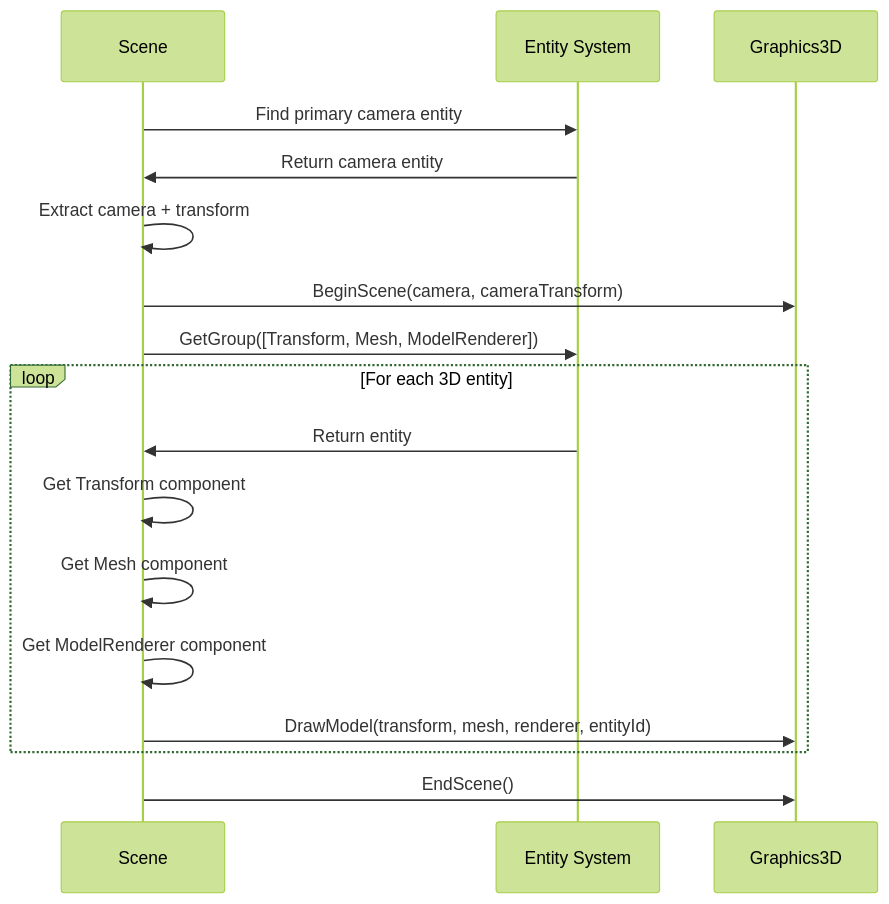
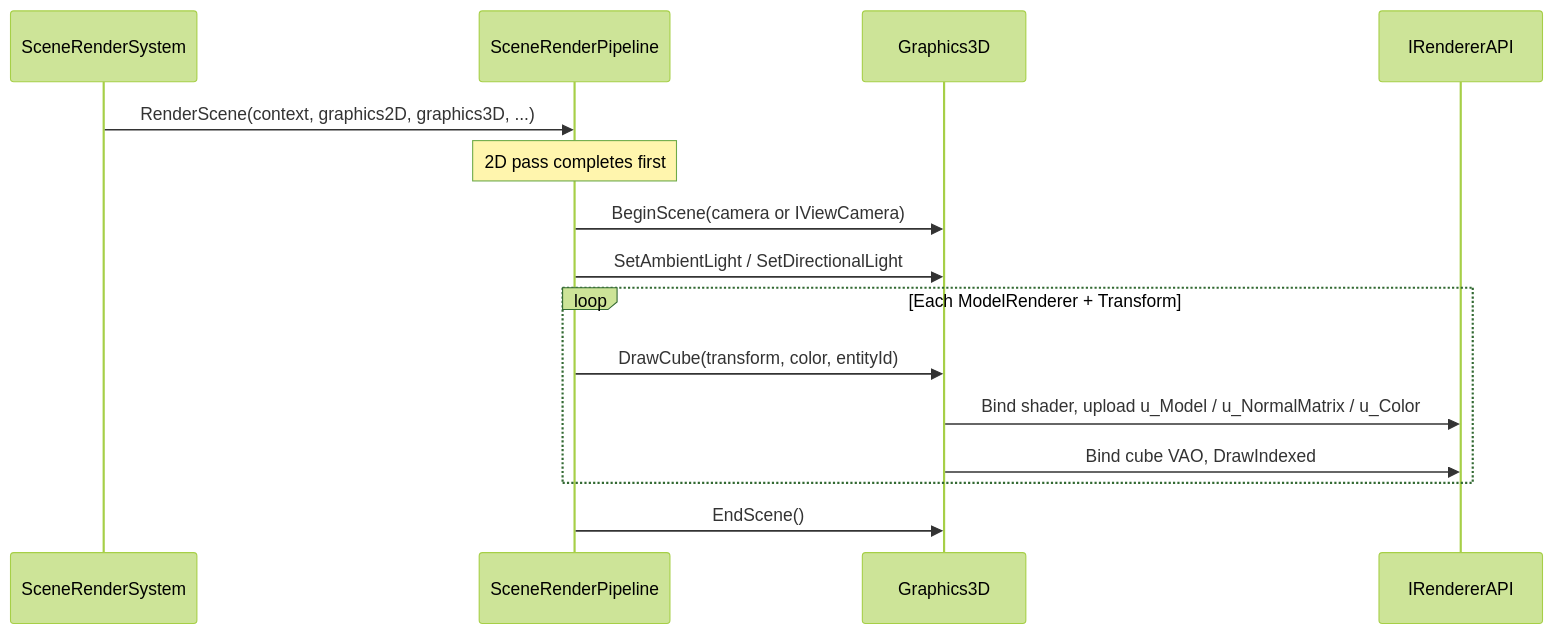
The diagram in docs/opengl/opengl-3d-workflow.md (kateusz/GameEngine), drawn with Mermaid (forest theme) before and after one commit. The commit also changed other lines of this file and 25 other files, not shown here.

````diff
--- a/docs/opengl/opengl-3d-workflow.md
+++ b/docs/opengl/opengl-3d-workflow.md
@@ -293,24 +57,18 @@
 ```mermaid
 sequenceDiagram
-    participant Scene as Scene
-    participant ECS as Entity System
-    participant Graphics as Graphics3D
+    participant SRS as SceneRenderSystem
+    participant SRP as SceneRenderPipeline
+    participant G3D as Graphics3D
+    participant GPU as IRendererAPI
 
-    Scene->>ECS: Find primary camera entity
-    ECS->>Scene: Return camera entity
-    Scene->>Scene: Extract camera + transform
-
-    Scene->>Graphics: BeginScene(camera, cameraTransform)
-
-    Scene->>ECS: GetGroup([Transform, Mesh, ModelRenderer])
-
-    loop For each 3D entity
-        ECS->>Scene: Return entity
-        Scene->>Scene: Get Transform component
-        Scene->>Scene: Get Mesh component
-        Scene->>Scene: Get ModelRenderer component
-        Scene->>Graphics: DrawModel(transform, mesh, renderer, entityId)
+    SRS->>SRP: RenderScene(context, graphics2D, graphics3D, ...)
+    Note over SRP: 2D pass completes first
+    SRP->>G3D: BeginScene(camera or IViewCamera)
+    SRP->>G3D: SetAmbientLight / SetDirectionalLight
+    loop Each ModelRenderer + Transform
+        SRP->>G3D: DrawCube(transform, color, entityId)
+        G3D->>GPU: Bind shader, upload u_Model / u_NormalMatrix / u_Color
+        G3D->>GPU: Bind cube VAO, DrawIndexed
     end
-
-    Scene->>Graphics: EndScene()
+    SRP->>G3D: EndScene()
 ```
````
